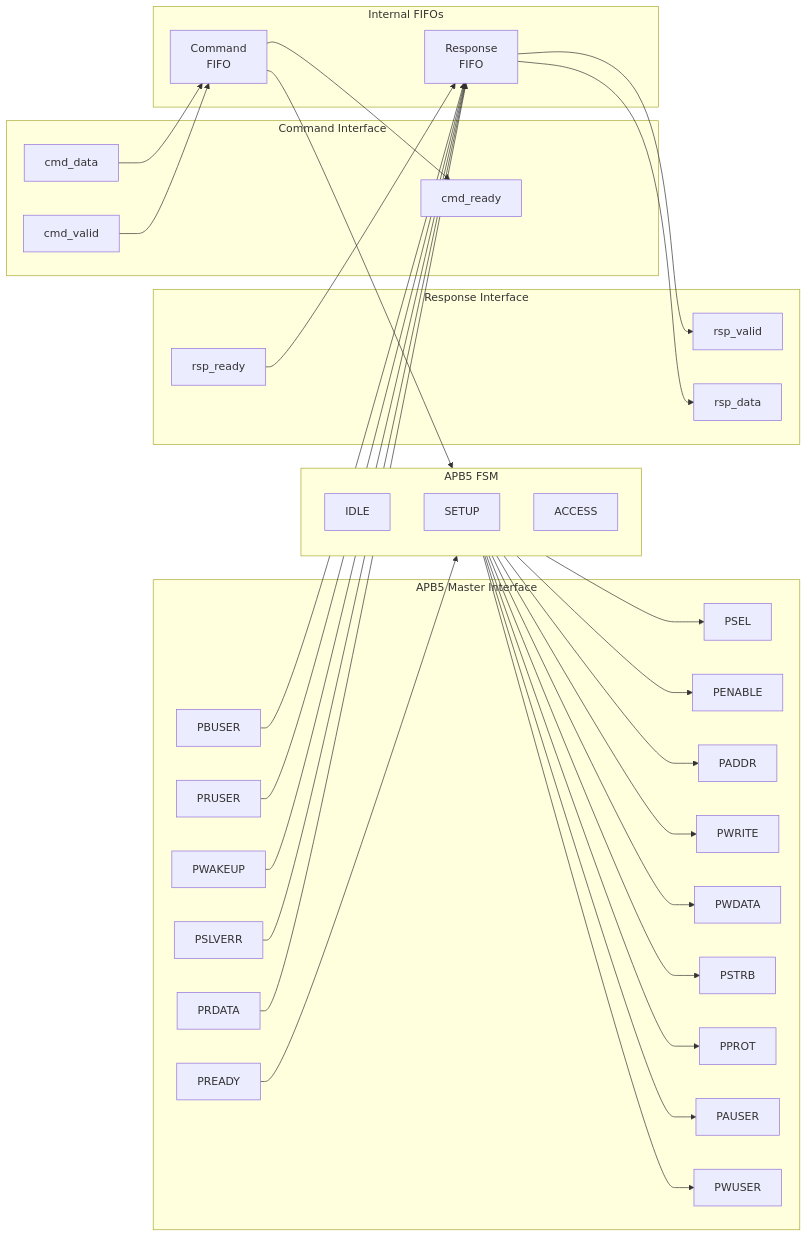
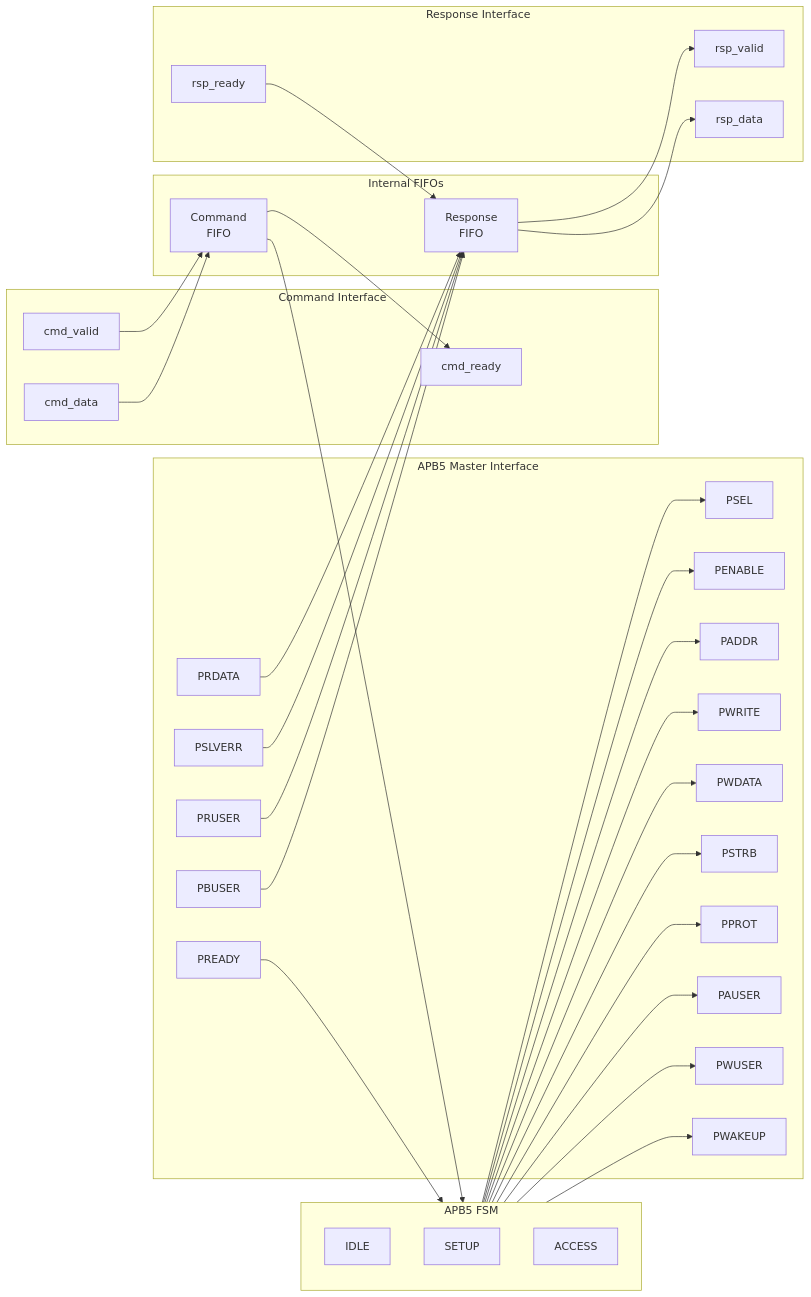
Before and after one commit to sean-galloway/RTLDesignSherpa: the first of 2 diagrams in docs/markdown/rtl-amba/apb5/apb5_master.md, drawn with Mermaid. The commit also changed other lines of this file and 526 other files, not shown here.

````diff
--- a/docs/markdown/rtl-amba/apb5/apb5_master.md
+++ b/docs/markdown/rtl-amba/apb5/apb5_master.md
@@ -170,69 +176,69 @@
 ```mermaid
 flowchart LR
     subgraph CMD["Command Interface"]
         cv["cmd_valid"]
         cr["cmd_ready"]
         cd["cmd_data"]
     end
 
     subgraph FIFO["Internal FIFOs"]
         cf["Command<br/>FIFO"]
         rf["Response<br/>FIFO"]
     end
 
     subgraph FSM["APB5 FSM"]
         idle["IDLE"]
         setup["SETUP"]
         access["ACCESS"]
     end
 
     subgraph APB5["APB5 Master Interface"]
         psel["PSEL"]
         pen["PENABLE"]
         paddr["PADDR"]
         pwrite["PWRITE"]
         pwdata["PWDATA"]
         pstrb["PSTRB"]
         pprot["PPROT"]
         pauser["PAUSER"]
         pwuser["PWUSER"]
         prdata["PRDATA"]
         pslverr["PSLVERR"]
         pready["PREADY"]
         pwakeup["PWAKEUP"]
         pruser["PRUSER"]
         pbuser["PBUSER"]
     end
 
     subgraph RSP["Response Interface"]
         rv["rsp_valid"]
         rr["rsp_ready"]
         rd["rsp_data"]
     end
 
     cv --> cf
     cd --> cf
     cf --> cr
 
     cf --> FSM
     FSM --> psel
     FSM --> pen
     FSM --> paddr
     FSM --> pwrite
     FSM --> pwdata
     FSM --> pstrb
     FSM --> pprot
     FSM --> pauser
     FSM --> pwuser
 
     prdata --> rf
     pslverr --> rf
     pready --> FSM
-    pwakeup --> rf
+    FSM --> pwakeup
     pruser --> rf
     pbuser --> rf
 
     rf --> rv
     rf --> rd
     rr --> rf
 ```
````
